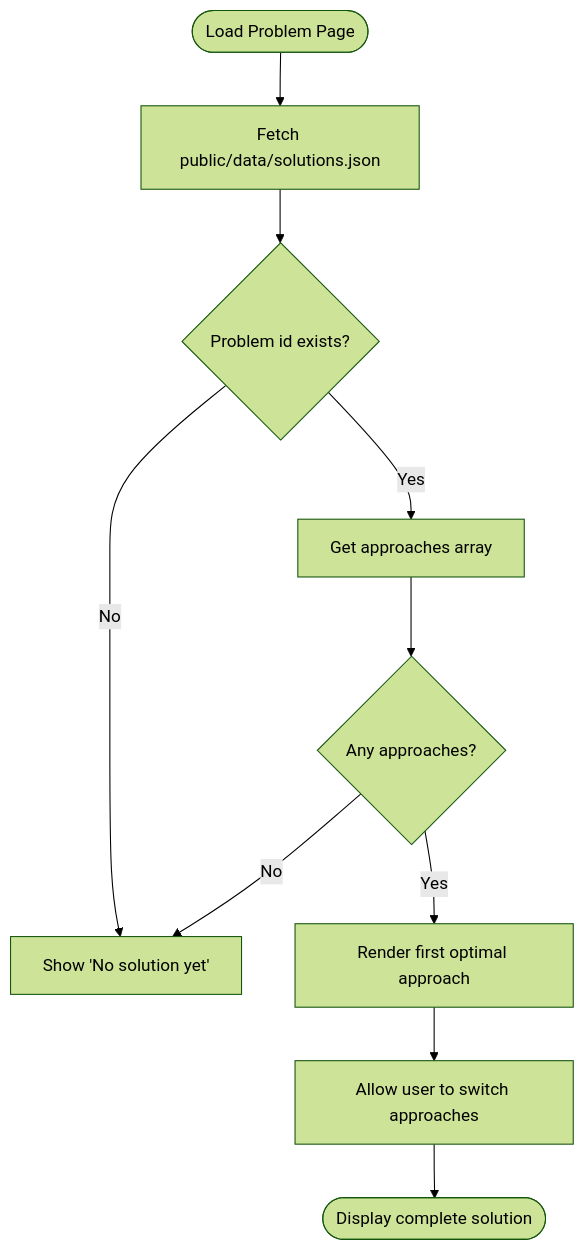
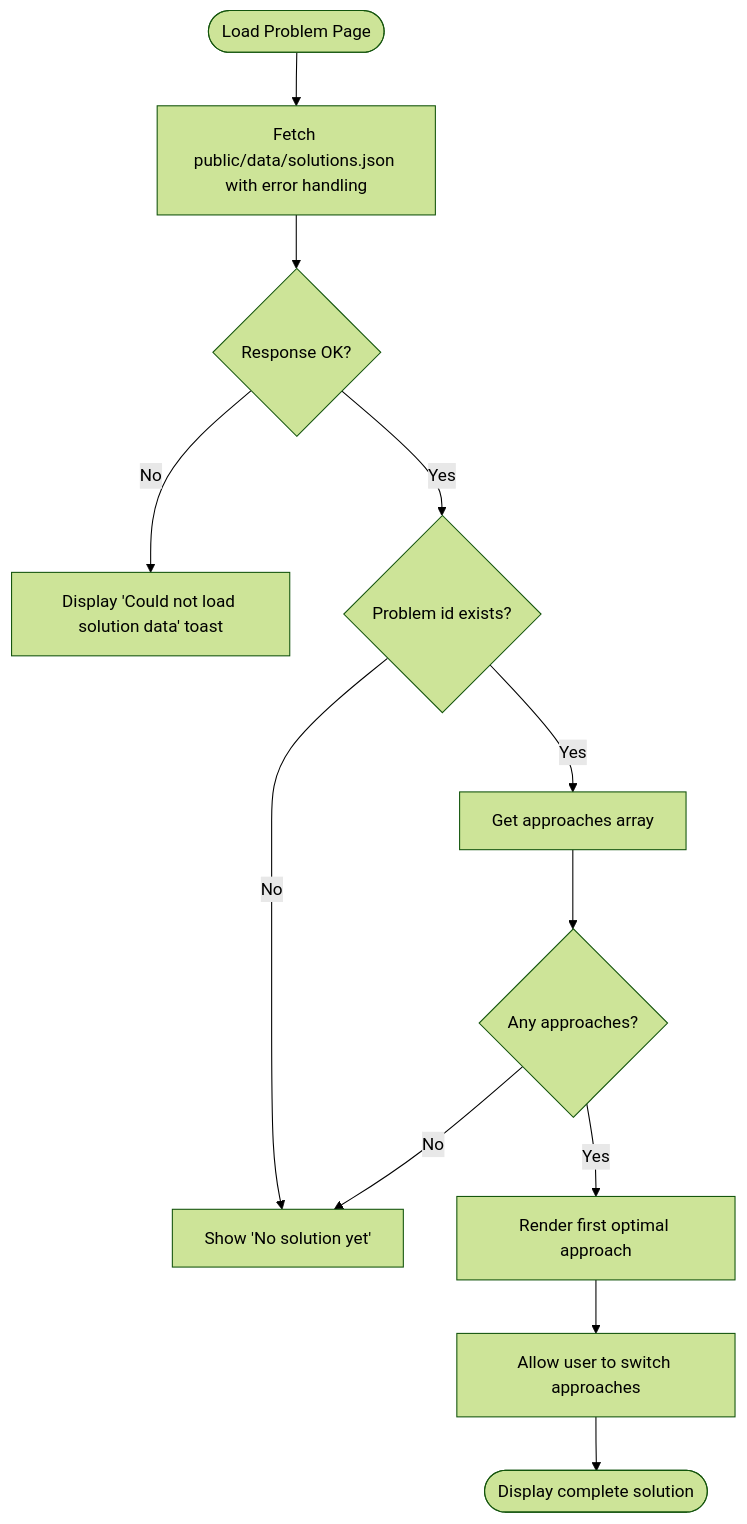
The third of 5 diagrams in .qoder/repowiki/en/content/Data Management/Static Data Assets.md (iamrituraj/DSA-Tracker), drawn with Mermaid (forest theme) before and after one commit. The commit also changed other lines of this file and 42 other files, not shown here.

Commit message:
Fix production problem data loading

````diff
--- a/.qoder/repowiki/en/content/Data Management/Static Data Assets.md
+++ b/.qoder/repowiki/en/content/Data Management/Static Data Assets.md
@@ -215,12 +248,14 @@
 ```mermaid
 flowchart TD
-Start(["Load Problem Page"]) --> FetchSolutions["Fetch public/data/solutions.json"]
-FetchSolutions --> FindEntry{"Problem id exists?"}
+Start(["Load Problem Page"]) --> FetchSolutions["Fetch public/data/solutions.json with error handling"]
+FetchSolutions --> CheckResponse{"Response OK?"}
+CheckResponse --> |No| ShowToast["Display 'Could not load solution data' toast"]
+CheckResponse --> |Yes| FindEntry{"Problem id exists?"}
 FindEntry --> |No| NoSolution["Show 'No solution yet'"]
 FindEntry --> |Yes| GetApproaches["Get approaches array"]
 GetApproaches --> HasApproach{"Any approaches?"}
 HasApproach --> |No| NoSolution
 HasApproach --> |Yes| RenderFirst["Render first optimal approach"]
 RenderFirst --> AllowSwitch["Allow user to switch approaches"]
 AllowSwitch --> End(["Display complete solution"])
 ```
````
